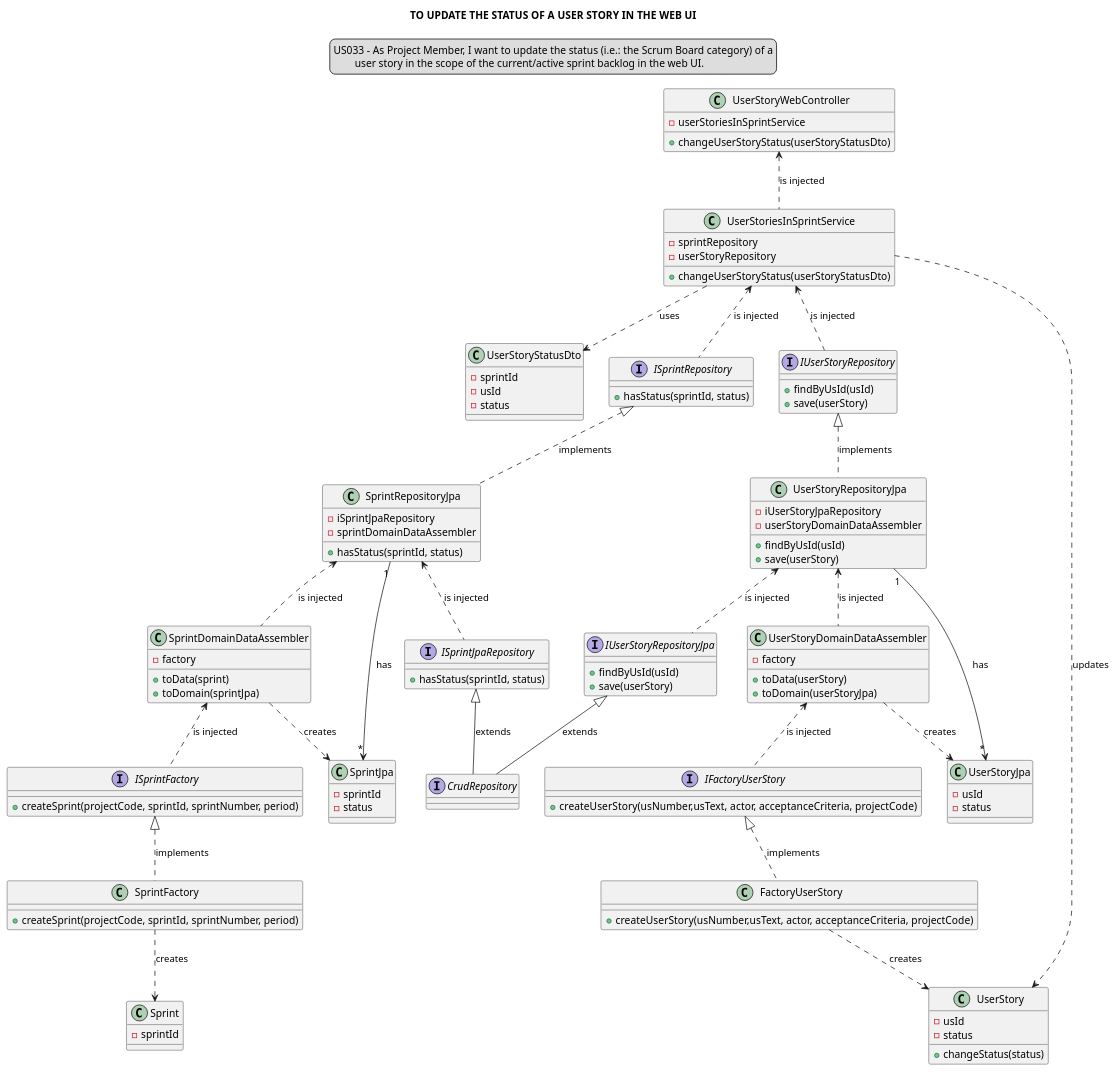
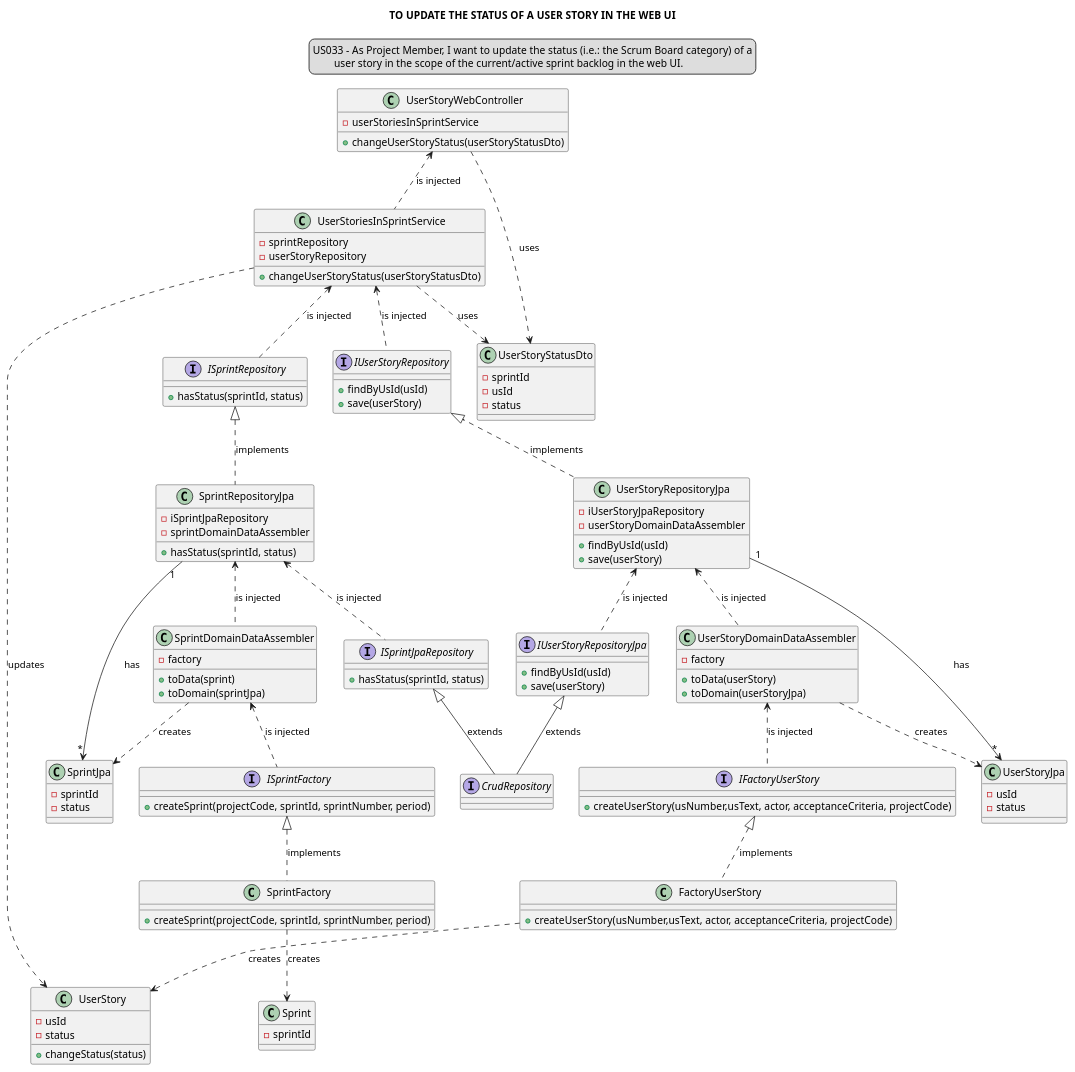
One commit to Loracline/project_switch_22-23 changed the diagram in docs/modelling_design/user_stories/sprint07/us033/US033_classDiagram_JPA.puml. Above: the diagram before and after it, drawn with PlantUML. The commit also changed 4 other files, not shown here.

Commit message:
NO US: Design: Update of class (general, US031, US033) diagrams, addresses #600, #651, #662

```diff
--- a/docs/modelling_design/user_stories/sprint07/us033/US033_classDiagram_JPA.puml
+++ b/docs/modelling_design/user_stories/sprint07/us033/US033_classDiagram_JPA.puml
@@ -1,136 +1,137 @@
 @startuml
 skinparam sequenceMessageAlign center
 title TO UPDATE THE STATUS OF A USER STORY IN THE WEB UI
 legend top
 US033 - As Project Member, I want to update the status (i.e.: the Scrum Board category) of a
         user story in the scope of the current/active sprint backlog in the web UI.
 end legend
 
 class UserStoryWebController{
 - userStoriesInSprintService
 + changeUserStoryStatus(userStoryStatusDto)
 }
 
 UserStoryWebController <.. UserStoriesInSprintService: is injected
+UserStoryWebController ..> UserStoryStatusDto: uses
 
 class UserStoriesInSprintService{
 -sprintRepository
 -userStoryRepository
 + changeUserStoryStatus(userStoryStatusDto)
 }
 
 UserStoriesInSprintService ..> UserStoryStatusDto: uses
 UserStoriesInSprintService <.. ISprintRepository: is injected
 UserStoriesInSprintService <.. IUserStoryRepository: is injected
 UserStoriesInSprintService ..> UserStory: updates
 
 class UserStoryStatusDto{
 - sprintId
 - usId
 - status
 }
 
 interface ISprintRepository {
 + hasStatus(sprintId, status)
 }
 
 ISprintRepository <|.. SprintRepositoryJpa: implements
 SprintRepositoryJpa <.. ISprintJpaRepository: is injected
 
 interface ISprintJpaRepository {
 + hasStatus(sprintId, status)
 }
 ISprintJpaRepository <|-- CrudRepository: extends
 
 interface CrudRepository {
 }
 
 class SprintRepositoryJpa {
 - iSprintJpaRepository
 - sprintDomainDataAssembler
 + hasStatus(sprintId, status)
 }
 SprintRepositoryJpa <.. SprintDomainDataAssembler: is injected
 SprintRepositoryJpa "1"--> "*"SprintJpa: has
 
 interface IUserStoryRepository{
 + findByUsId(usId)
 + save(userStory)
 }
 
 IUserStoryRepository <|.. UserStoryRepositoryJpa: implements
 UserStoryRepositoryJpa <.. IUserStoryRepositoryJpa: is injected
 
 
 class UserStoryRepositoryJpa{
 - iUserStoryJpaRepository
 - userStoryDomainDataAssembler
 + findByUsId(usId)
 + save(userStory)
 }
 UserStoryRepositoryJpa <.. UserStoryDomainDataAssembler: is injected
 UserStoryRepositoryJpa "1"--> "*"UserStoryJpa: has
 
 interface IUserStoryRepositoryJpa{
 + findByUsId(usId)
 + save(userStory)
 }
 IUserStoryRepositoryJpa <|-- CrudRepository: extends
 
 class UserStory{
 - usId
 - status
 + changeStatus(status)
 }
 
 class SprintJpa {
 - sprintId
 - status
 }
 
 class SprintDomainDataAssembler{
 - factory
 + toData(sprint)
 + toDomain(sprintJpa)
 }
 SprintDomainDataAssembler ..> SprintJpa: creates
 SprintDomainDataAssembler <.. ISprintFactory: is injected
 
 interface ISprintFactory{
 + createSprint(projectCode, sprintId, sprintNumber, period)
 }
 ISprintFactory <|.. SprintFactory: implements
 
 
 class SprintFactory{
 + createSprint(projectCode, sprintId, sprintNumber, period)
 }
 SprintFactory ..> Sprint: creates
 
 class Sprint {
 - sprintId
 }
 
 class UserStoryJpa {
 - usId
 - status
 }
 
 class UserStoryDomainDataAssembler{
 - factory
 + toData(userStory)
 + toDomain(userStoryJpa)
 }
 UserStoryDomainDataAssembler ..> UserStoryJpa: creates
 UserStoryDomainDataAssembler <.. IFactoryUserStory: is injected
 
 interface IFactoryUserStory{
 + createUserStory(usNumber,usText, actor, acceptanceCriteria, projectCode)
 }
 IFactoryUserStory <|.. FactoryUserStory: implements
 
 class FactoryUserStory{
 + createUserStory(usNumber,usText, actor, acceptanceCriteria, projectCode)
 }
 FactoryUserStory ..> UserStory: creates
 @enduml
```
